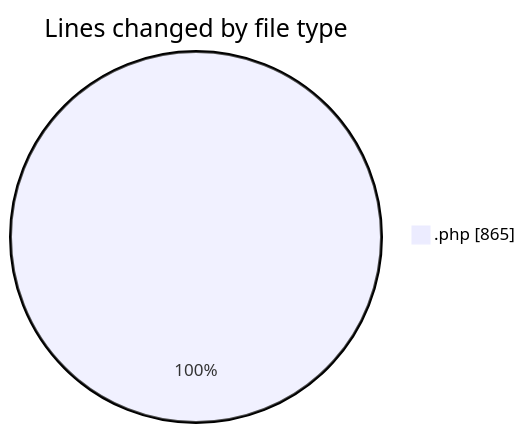
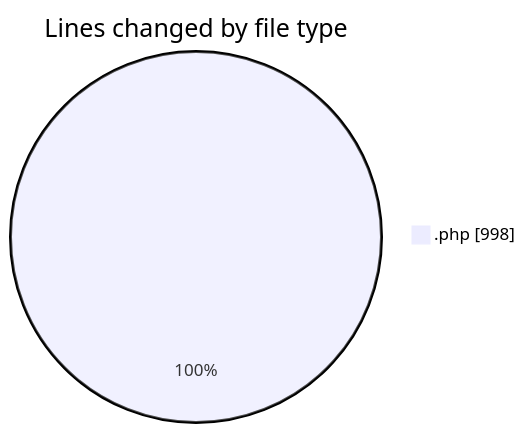
One commit to debugP/code-tracking changed the first of 2 diagrams in 2025-09-24/plugins/README.md. Above: the diagram before and after it, drawn with Mermaid. The commit also changed other lines of this file and 1 other file, not shown here.

````diff
--- a/2025-09-24/plugins/README.md
+++ b/2025-09-24/plugins/README.md
@@ -20,5 +20,5 @@
 ```mermaid
 pie showData
 title Lines changed by file type
-".php" : 865
+".php" : 998
 ```
````
